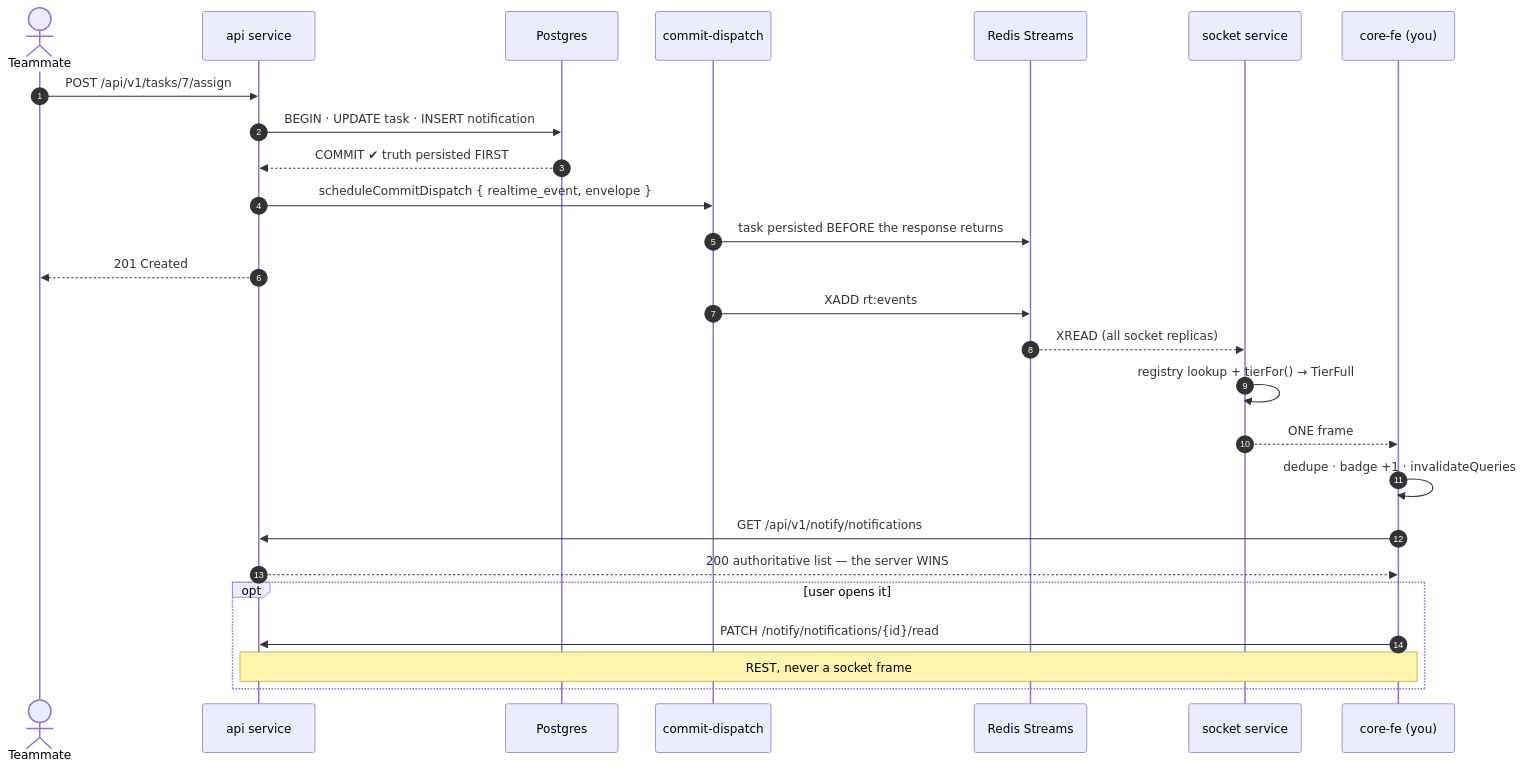
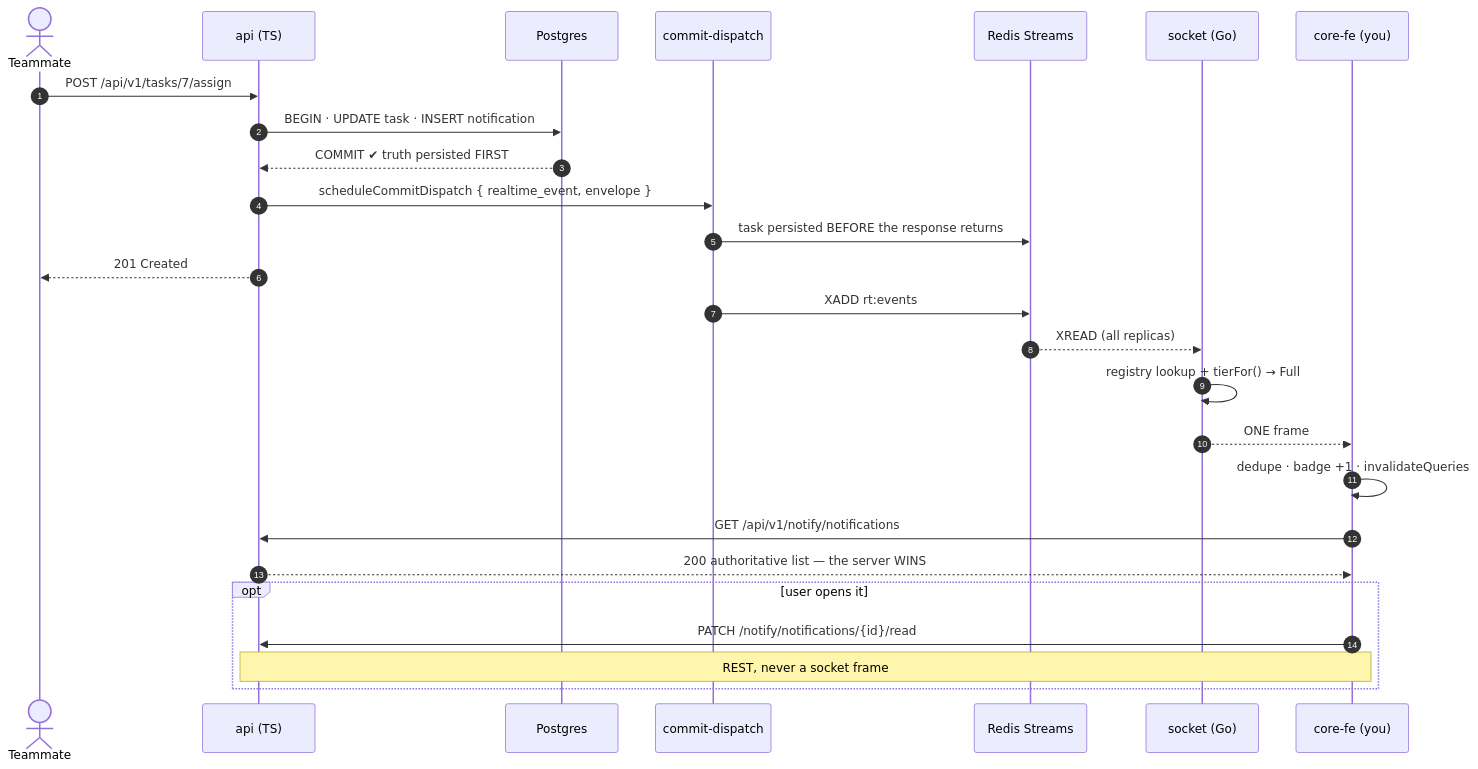
One commit to nikunjmavani/core-be changed the fourth of 6 diagrams in docs/reference/architecture/realtime-in-core-be-plan.md. Above: the diagram before and after it, drawn with Mermaid. The commit also changed other lines of this file, not shown here.

First line of the commit message:
docs: rework the plan for a Go socket service inside the core-be repo

````diff
--- a/docs/reference/architecture/realtime-in-core-be-plan.md
+++ b/docs/reference/architecture/realtime-in-core-be-plan.md
@@ -507,29 +728,29 @@
 ```mermaid
 sequenceDiagram
   autonumber
   actor TM as Teammate
-  participant API as api service
+  participant API as api (TS)
   participant PG as Postgres
   participant CD as commit-dispatch
   participant RD as Redis Streams
-  participant SK as socket service
+  participant SK as socket (Go)
   participant FE as core-fe (you)
 
   TM->>API: POST /api/v1/tasks/7/assign
   API->>PG: BEGIN · UPDATE task · INSERT notification
   PG-->>API: COMMIT ✔ truth persisted FIRST
   API->>CD: scheduleCommitDispatch { realtime_event, envelope }
   CD->>RD: task persisted BEFORE the response returns
   API-->>TM: 201 Created
   CD->>RD: XADD rt:events
-  RD-->>SK: XREAD (all socket replicas)
-  SK->>SK: registry lookup + tierFor() → TierFull
+  RD-->>SK: XREAD (all replicas)
+  SK->>SK: registry lookup + tierFor() → Full
   SK-->>FE: ONE frame
   FE->>FE: dedupe · badge +1 · invalidateQueries
   FE->>API: GET /api/v1/notify/notifications
   API-->>FE: 200 authoritative list — the server WINS
   opt user opens it
     FE->>API: PATCH /notify/notifications/{id}/read
     Note over FE,API: REST, never a socket frame
   end
 ```
````
